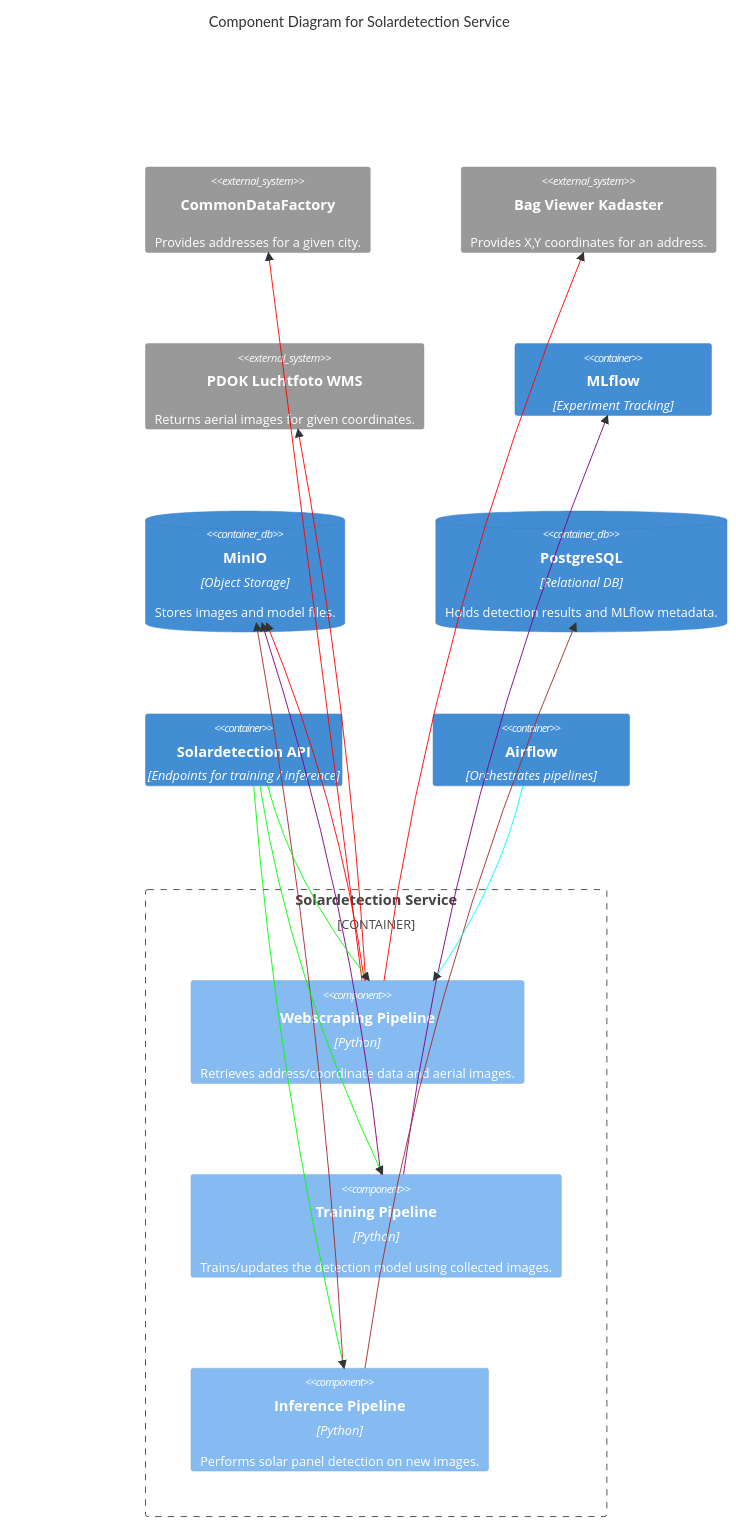
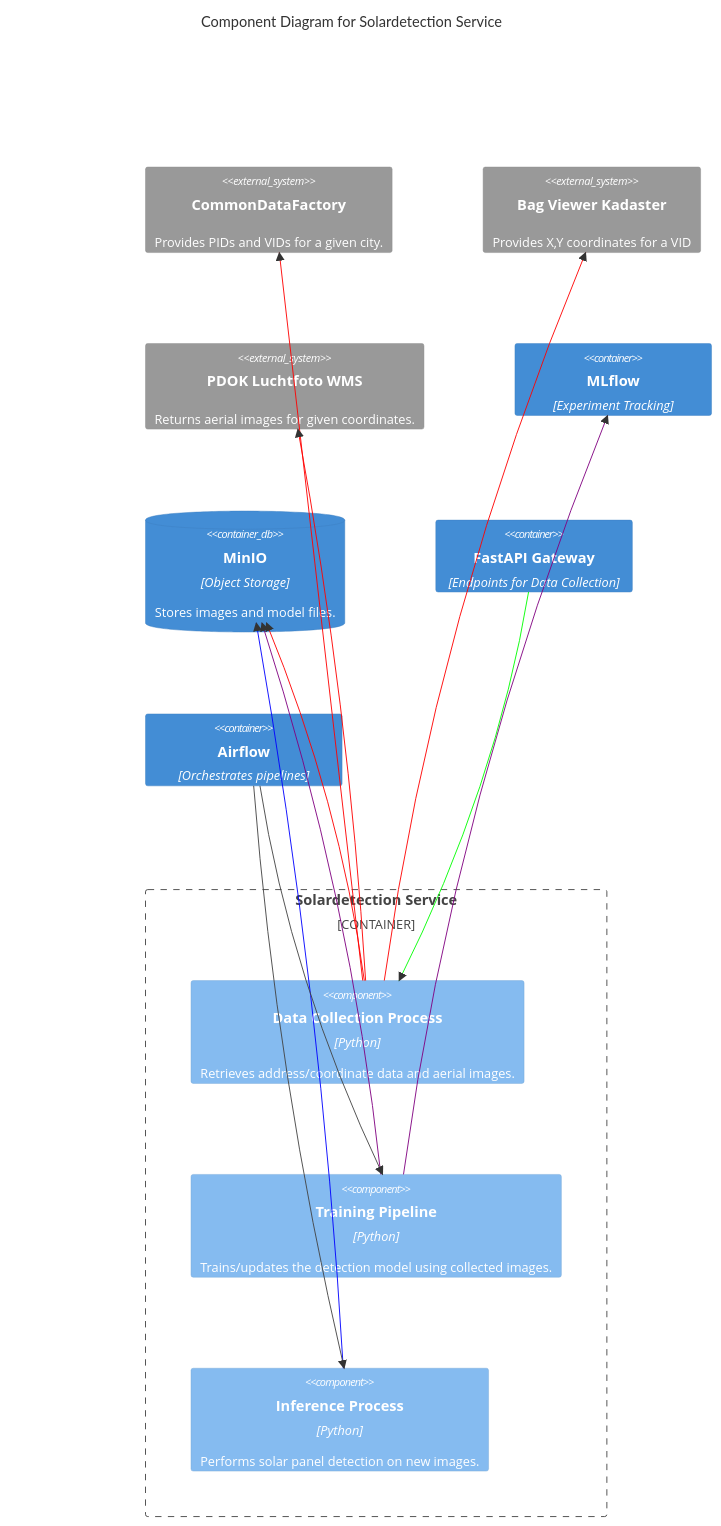
One commit to DelvinBa/solarpanel-detection-system changed the diagram in docs/technical_functional_design/architecture_diagrams/c4_component_solardetection.mmd. Above: the diagram before and after it, drawn with Mermaid. The commit also changed 7 other files, not shown here.

```diff
--- a/docs/technical_functional_design/architecture_diagrams/c4_component_solardetection.mmd
+++ b/docs/technical_functional_design/architecture_diagrams/c4_component_solardetection.mmd
@@ -1,54 +1,51 @@
 %% C4 Component Diagram
 C4Component
 title Component Diagram for Solardetection Service
 
 %% External systems/containers referenced by the Solardetection Service
-System_Ext(commondata, "CommonDataFactory", "Provides addresses for a given city.")
-System_Ext(kadaster, "Bag Viewer Kadaster", "Provides X,Y coordinates for an address.")
+System_Ext(commondata, "CommonDataFactory", "Provides PIDs and VIDs for a given city.")
+System_Ext(kadaster, "Bag Viewer Kadaster", "Provides X,Y coordinates for a VID")
 System_Ext(pdok, "PDOK Luchtfoto WMS", "Returns aerial images for given coordinates.")
 Container(mlflow, "MLflow", "Experiment Tracking")
 ContainerDb(minio, "MinIO", "Object Storage", "Stores images and model files.")
-ContainerDb(postgres, "PostgreSQL", "Relational DB", "Holds detection results and MLflow metadata.")
-Container(fastapi, "Solardetection API", "Endpoints for training / inference")
+Container(fastapi, "FastAPI Gateway", "Endpoints for Data Collection")
 Container(airflow, "Airflow", "Orchestrates pipelines")
 
 %% The Solardetection Service container boundary
 Container_Boundary(sds, "Solardetection Service") {
-    Component(webscraping, "Webscraping Pipeline", "Python", "Retrieves address/coordinate data and aerial images.")
+    Component(collection, "Data Collection Process", "Python", "Retrieves address/coordinate data and aerial images.")
     Component(training, "Training Pipeline", "Python", "Trains/updates the detection model using collected images.")
-    Component(inference, "Inference Pipeline", "Python", "Performs solar panel detection on new images.")
+    Component(inference, "Inference Process", "Python", "Performs solar panel detection on new images.")
 }
 
 %% Relationships between components and external systems
-Rel(webscraping, commondata, "", "")
-Rel(webscraping, kadaster, "", "")
-Rel(webscraping, pdok, "", "")
-Rel(webscraping, minio, "", "")
+Rel(collection, commondata, "", "")
+Rel(collection, kadaster, "", "")
+Rel(collection, pdok, "", "")
+Rel(collection, minio, "", "")
 
 Rel(training, minio, "", "")
 Rel(training, mlflow, "", "")
 
 Rel(inference, minio, "", "")
-Rel(inference, postgres, "", "")
 
-Rel(airflow, webscraping, "")
-Rel(fastapi, training, "", "")
-Rel(fastapi, inference, "", "")
-Rel(fastapi, webscraping, "", "")
+Rel(airflow, inference, "")
+Rel(airflow, training, "")
+
+Rel(fastapi, collection, "", "")
 %% Coloring each relationship uniquely
 
-UpdateRelStyle(webscraping, commondata, $lineColor="red", $textColor="red")
-UpdateRelStyle(webscraping, kadaster, $lineColor="red", $textColor="blue")
-UpdateRelStyle(webscraping, pdok, $lineColor="red", $textColor="green")
-UpdateRelStyle(webscraping, minio, $lineColor="red", $textColor="orange")
+UpdateRelStyle(collection, commondata, $lineColor="red", $textColor="red")
+UpdateRelStyle(collection, kadaster, $lineColor="red", $textColor="blue")
+UpdateRelStyle(collection, pdok, $lineColor="red", $textColor="green")
+UpdateRelStyle(collection, minio, $lineColor="red", $textColor="orange")
 
 UpdateRelStyle(training, minio, $lineColor="purple", $textColor="purple")
 UpdateRelStyle(training, mlflow, $lineColor="purple", $textColor="teal")
 
-UpdateRelStyle(inference, minio, $lineColor="brown", $textColor="brown")
-UpdateRelStyle(inference, postgres, $lineColor="brown", $textColor="magenta")
+UpdateRelStyle(inference, minio, $lineColor="blue", $textColor="brown")
 
-UpdateRelStyle(airflow, webscraping, $lineColor="cyan", $textColor="cyan")
+
 UpdateRelStyle(fastapi, training, $lineColor="lime", $textColor="lime")
 UpdateRelStyle(fastapi, inference, $lineColor="lime", $textColor="pink")
-UpdateRelStyle(fastapi, webscraping, $lineColor="lime", $textColor="pink")
+UpdateRelStyle(fastapi, collection, $lineColor="lime", $textColor="pink")
```
